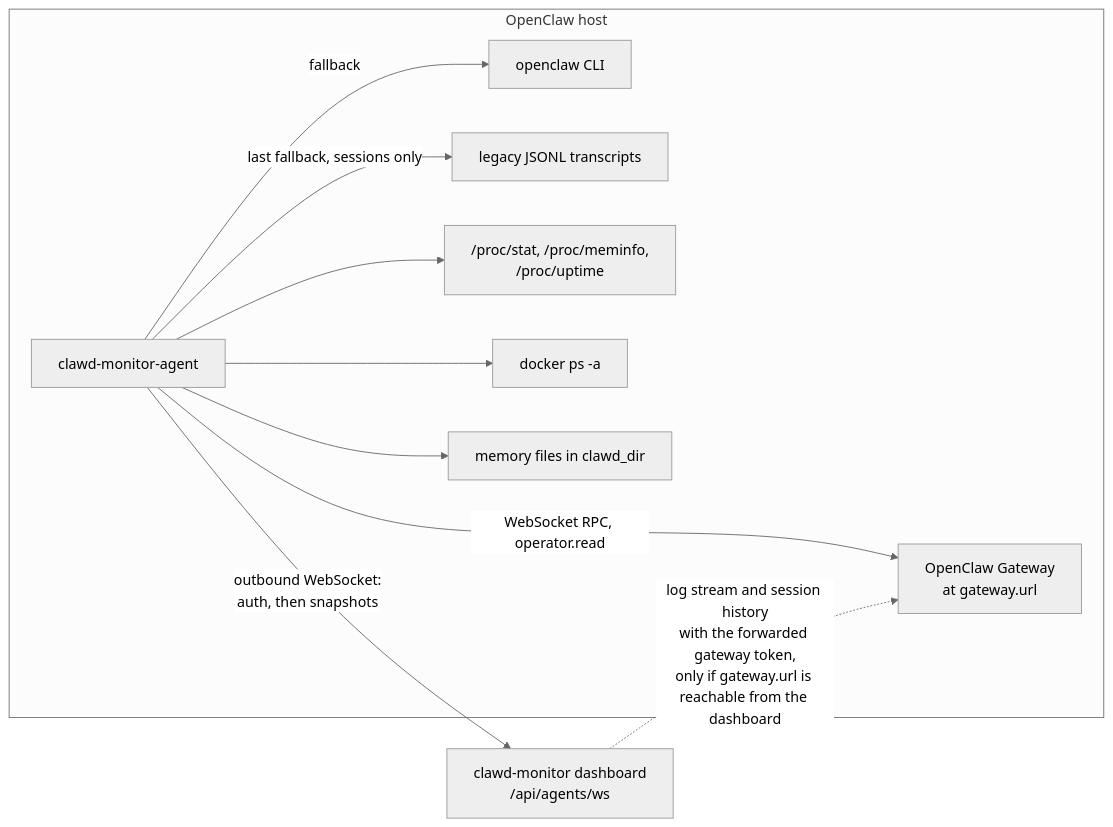
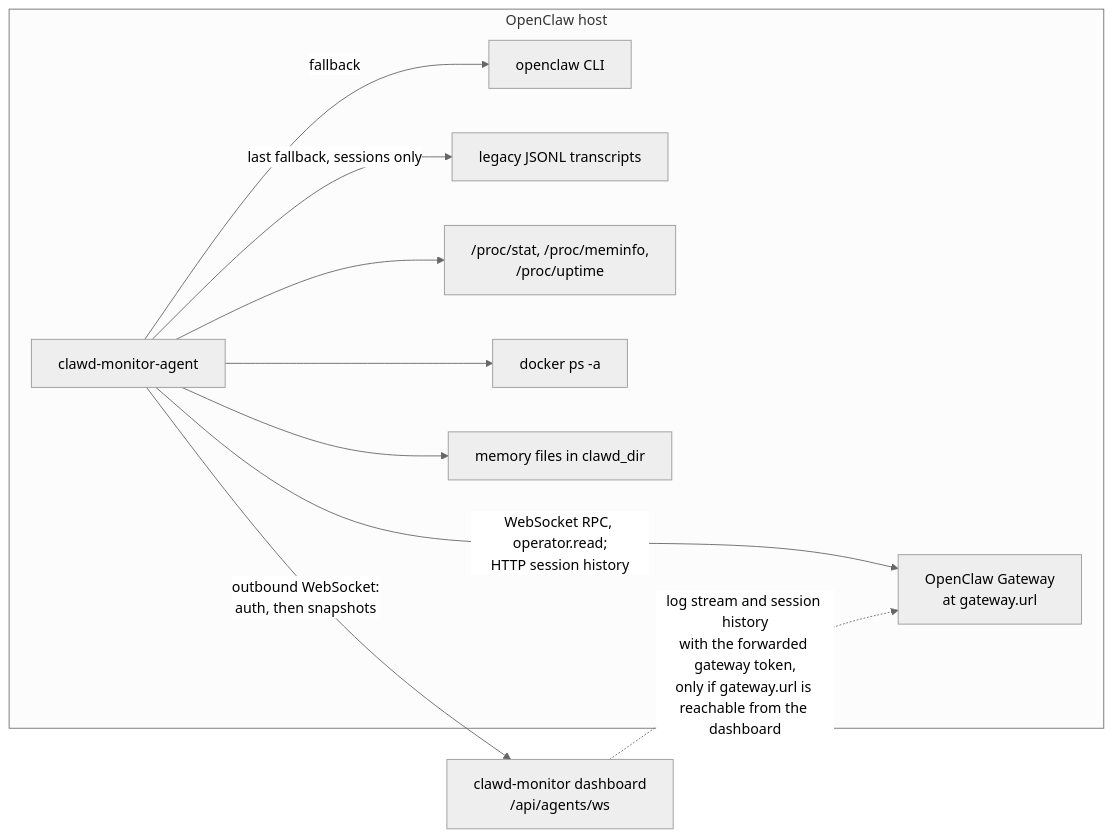
One commit to LanNguyenSi/clawd-monitor-agent changed the diagram in README.md. Above: the diagram before and after it, drawn with Mermaid (neutral theme). The commit also changed 1 other file, not shown here.

Commit message:
docs: list the CI checks in the PR template and the HTTP history call in the diagram
The pull request template's test plan now lists npm run type-check,
npm run build and npm run test:coverage, the three commands CI runs and
CONTRIBUTING.md names. The README architecture diagram's Gateway edge now
also names the HTTP session history request the agent makes on the CLI
fallback path.

````diff
--- a/README.md
+++ b/README.md
@@ -20,21 +20,21 @@
 ```mermaid
 flowchart LR
   subgraph Host["OpenClaw host"]
     Agent["clawd-monitor-agent"]
     GW["OpenClaw Gateway<br/>at gateway.url"]
     OCLI["openclaw CLI"]
     JSONL["legacy JSONL transcripts"]
     Proc["/proc/stat, /proc/meminfo,<br/>/proc/uptime"]
     Docker["docker ps -a"]
     Files["memory files in clawd_dir"]
   end
   Dash["clawd-monitor dashboard<br/>/api/agents/ws"]
   Agent -->|"outbound WebSocket:<br/>auth, then snapshots"| Dash
-  Agent -->|"WebSocket RPC, operator.read"| GW
+  Agent -->|"WebSocket RPC, operator.read;<br/>HTTP session history"| GW
   Agent -->|fallback| OCLI
   Agent -->|"last fallback, sessions only"| JSONL
   Agent --> Proc
   Agent --> Docker
   Agent --> Files
   Dash -.->|"log stream and session history<br/>with the forwarded gateway token,<br/>only if gateway.url is reachable from the dashboard"| GW
 ```
````
